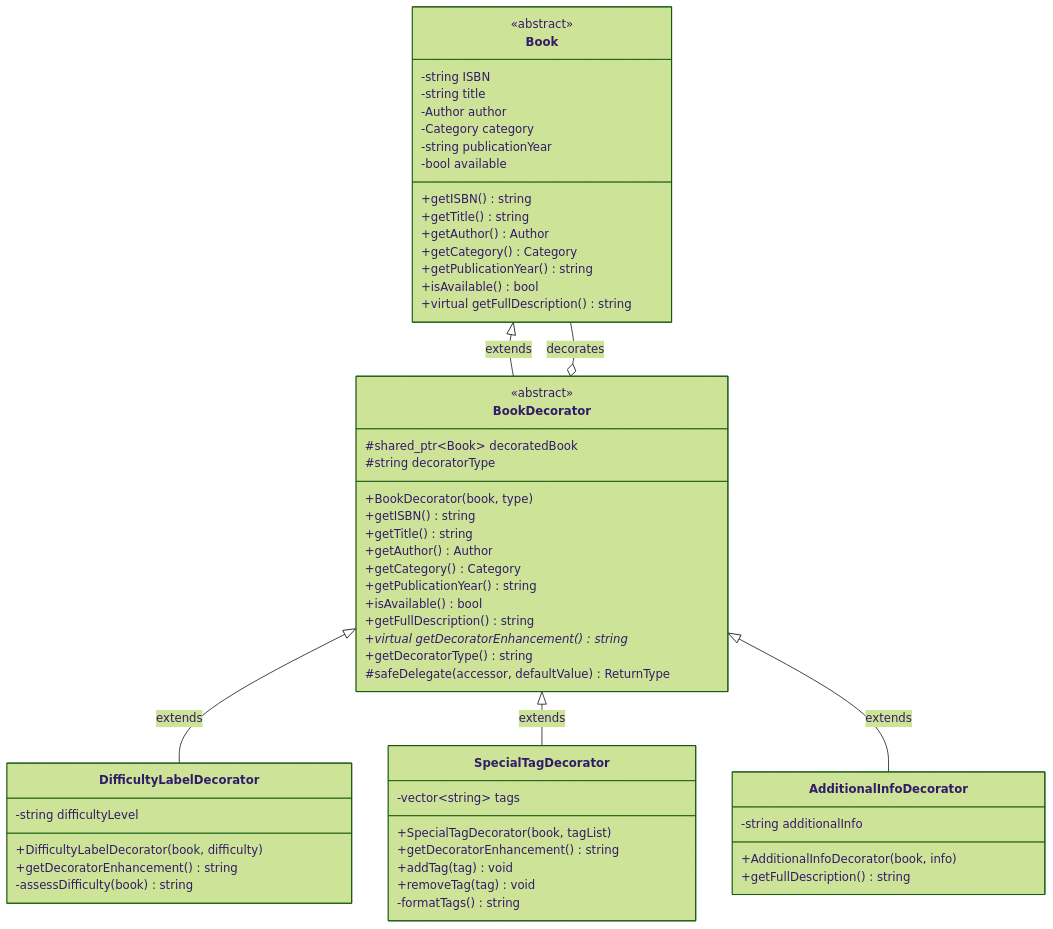
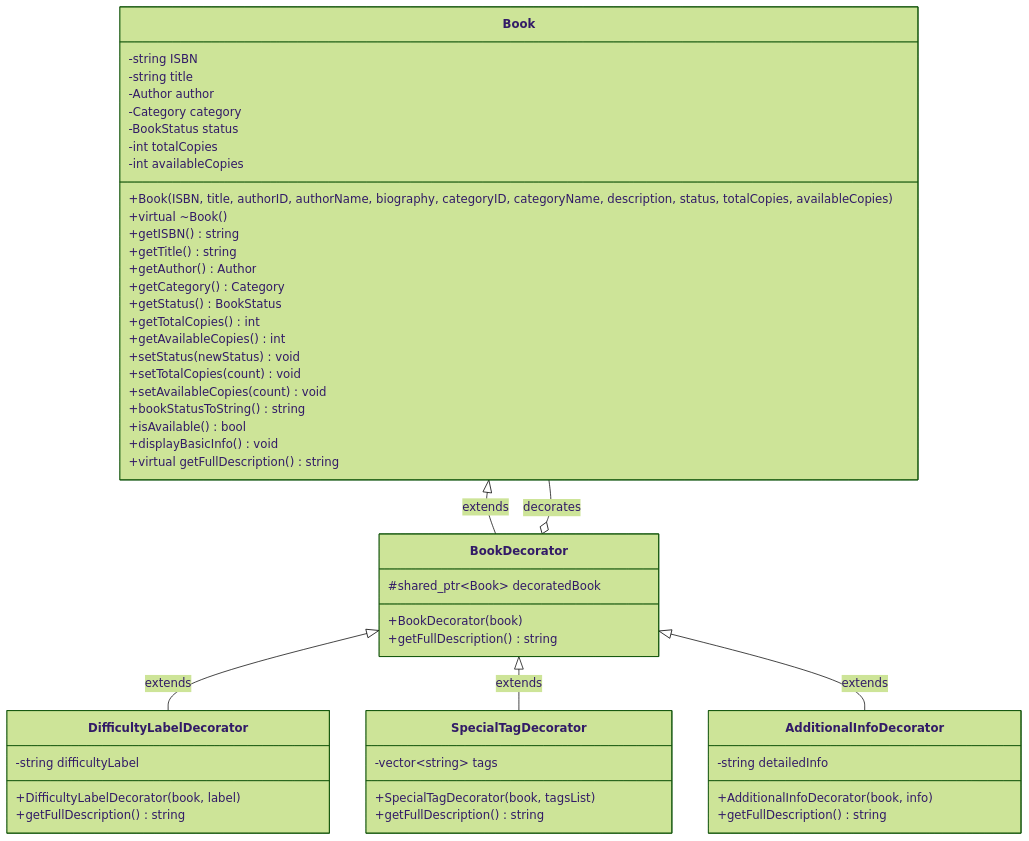
One commit to DankDaPancake/LibraryManagementSystem changed the fourth of 29 diagrams in docs/report.md. Above: the diagram before and after it, drawn with Mermaid (forest theme). The commit also changed other lines of this file and 49 other files, not shown here.

````diff
--- a/docs/report.md
+++ b/docs/report.md
@@ -549,65 +611,59 @@
 ```mermaid
 classDiagram
     class Book {
-        <<abstract>>
         -string ISBN
         -string title
         -Author author
         -Category category
-        -string publicationYear
-        -bool available
+        -BookStatus status
+        -int totalCopies
+        -int availableCopies
+        +Book(ISBN, title, authorID, authorName, biography, categoryID, categoryName, description, status, totalCopies, availableCopies)
+        +virtual ~Book()
         +getISBN() string
         +getTitle() string
         +getAuthor() Author
         +getCategory() Category
-        +getPublicationYear() string
+        +getStatus() BookStatus
+        +getTotalCopies() int
+        +getAvailableCopies() int
+        +setStatus(newStatus) void
+        +setTotalCopies(count) void
+        +setAvailableCopies(count) void
+        +bookStatusToString() string
         +isAvailable() bool
+        +displayBasicInfo() void
         +virtual getFullDescription() string
     }
 
     class BookDecorator {
-        <<abstract>>
         #shared_ptr~Book~ decoratedBook
-        #string decoratorType
-        +BookDecorator(book, type)
-        +getISBN() string
-        +getTitle() string
-        +getAuthor() Author
-        +getCategory() Category
-        +getPublicationYear() string
-        +isAvailable() bool
+        +BookDecorator(book)
         +getFullDescription() string
-        +virtual getDecoratorEnhancement() string*
-        +getDecoratorType() string
-        #safeDelegate(accessor, defaultValue) ReturnType
     }
 
     class DifficultyLabelDecorator {
-        -string difficultyLevel
-        +DifficultyLabelDecorator(book, difficulty)
-        +getDecoratorEnhancement() string
-        -assessDifficulty(book) string
+        -string difficultyLabel
+        +DifficultyLabelDecorator(book, label)
+        +getFullDescription() string
     }
 
     class SpecialTagDecorator {
         -vector~string~ tags
-        +SpecialTagDecorator(book, tagList)
-        +getDecoratorEnhancement() string
-        +addTag(tag) void
-        +removeTag(tag) void
-        -formatTags() string
+        +SpecialTagDecorator(book, tagsList)
+        +getFullDescription() string
     }
 
     class AdditionalInfoDecorator {
-        -string additionalInfo
+        -string detailedInfo
         +AdditionalInfoDecorator(book, info)
         +getFullDescription() string
     }
 
     Book <|-- BookDecorator : extends
     BookDecorator <|-- DifficultyLabelDecorator : extends
     BookDecorator <|-- SpecialTagDecorator : extends
     BookDecorator <|-- AdditionalInfoDecorator : extends
     
     BookDecorator o-- Book : decorates
 ```
````
